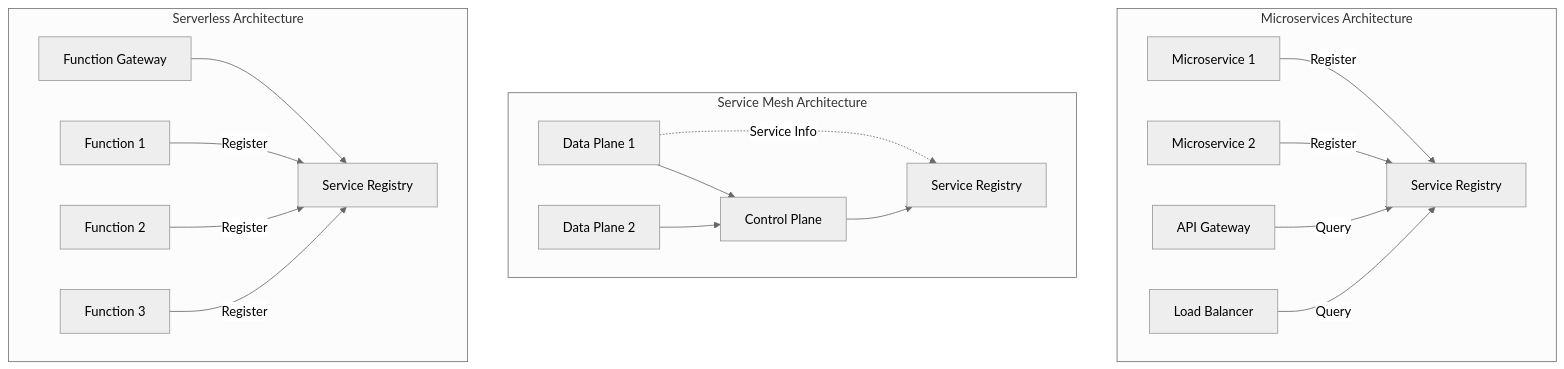
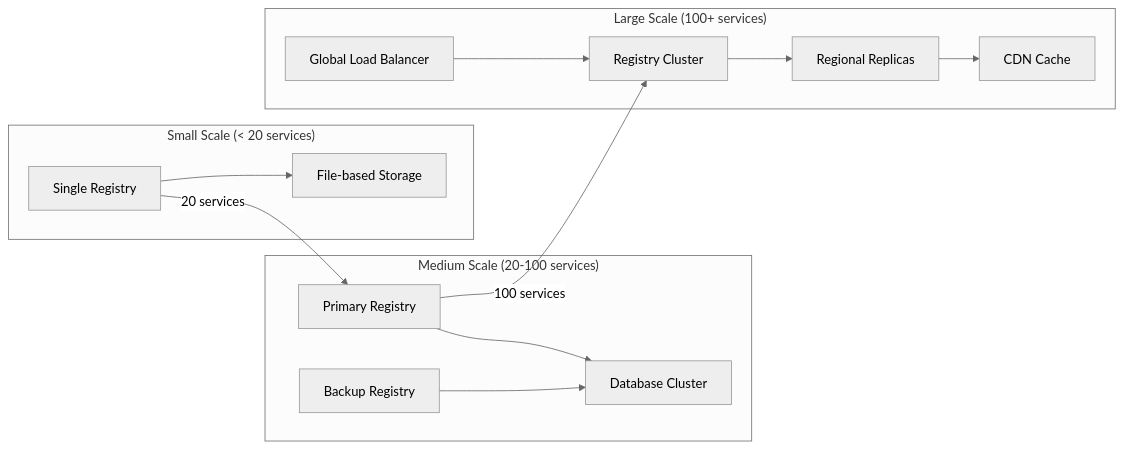
One commit to deepaucksharma/DStudio changed the fourth of 6 diagrams in docs/pattern-library/communication/service-registry.md. Above: the diagram before and after it, drawn with Mermaid (neutral theme). The commit also changed other lines of this file and 11 other files, not shown here.

````diff
--- a/docs/pattern-library/communication/service-registry.md
+++ b/docs/pattern-library/communication/service-registry.md
@@ -1555,26 +351,28 @@
 ```mermaid
-graph TB
-    subgraph "Microservices Architecture"
-        SR1[Service Registry]
-        MS1[Microservice 1] -->|Register| SR1
-        MS2[Microservice 2] -->|Register| SR1
-        AG[API Gateway] -->|Query| SR1
-        LB[Load Balancer] -->|Query| SR1
+graph LR
+    subgraph "Small Scale (< 20 services)"
+        A1[Single Registry]
+        A1 --> A2[File-based Storage]
     end
     
-    subgraph "Service Mesh Architecture"
-        SR2[Service Registry]
-        CP[Control Plane] --> SR2
-        DP1[Data Plane 1] --> CP
-        DP2[Data Plane 2] --> CP
-        DP1 -.->|Service Info| SR2
+    subgraph "Medium Scale (20-100 services)"
+        B1[Primary Registry]
+        B2[Backup Registry]
+        B3[Database Cluster]
+        B1 --> B3
+        B2 --> B3
     end
     
-    subgraph "Serverless Architecture"
-        SR3[Service Registry]
-        FG[Function Gateway] --> SR3
-        F1[Function 1] -->|Register| SR3
-        F2[Function 2] -->|Register| SR3
-        F3[Function 3] -->|Register| SR3
+    subgraph "Large Scale (100+ services)"
+        C1[Registry Cluster]
+        C2[Global Load Balancer]
+        C3[Regional Replicas]
+        C4[CDN Cache]
+        C2 --> C1
+        C1 --> C3
+        C3 --> C4
     end
+    
+    A1 -->|20 services| B1
+    B1 -->|100 services| C1
 ```
````
